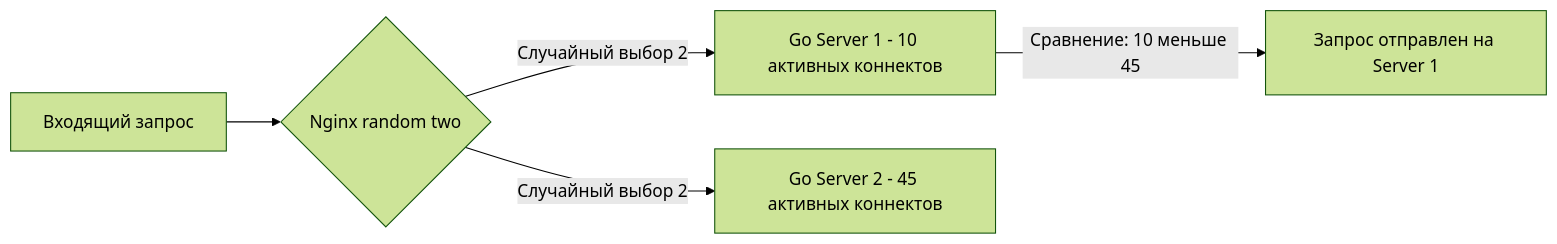
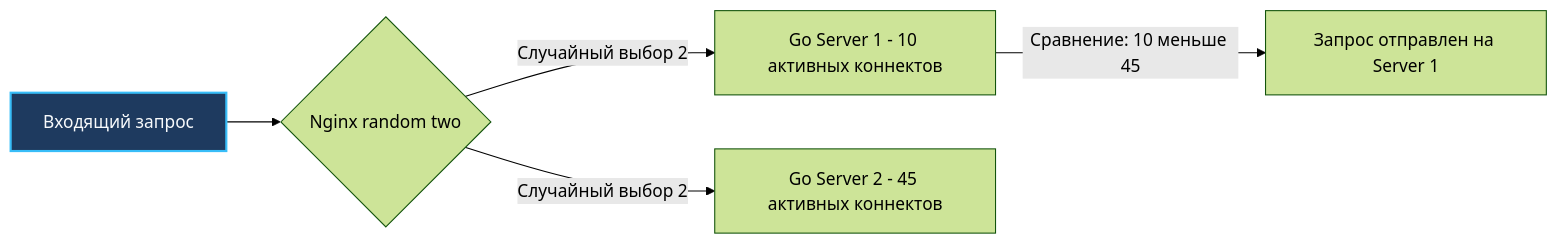
Before and after one commit to UnrealTemplier/go-textbook: the first of 2 diagrams in sources/19. Инфраструктура. Linux, nginx, Docker, Kubernetes/02. nginx/3. Load balancing.md, drawn with Mermaid (forest theme). The commit also changed other lines of this file and 1666 other files, not shown here.

First line of the commit message:
feat(mermaid): add semantic color classDef to 1369 colorless flowchart/graph diagrams

````diff
--- a/sources/19. Инфраструктура. Linux, nginx, Docker, Kubernetes/02. nginx/3. Load balancing.md
+++ b/sources/19. Инфраструктура. Linux, nginx, Docker, Kubernetes/02. nginx/3. Load balancing.md
@@ -85,7 +85,17 @@
 ```mermaid
 flowchart LR
-    A["Входящий запрос"] --> B{"Nginx random two"}
+    classDef process  fill:#1e293b,stroke:#38bdf8,stroke-width:1px,color:#f8fafc
+    classDef success  fill:#064e3b,stroke:#34d399,stroke-width:1px,color:#f8fafc
+    classDef error    fill:#7f1d1d,stroke:#f87171,stroke-width:1px,color:#f8fafc
+    classDef warning  fill:#78350f,stroke:#fbbf24,stroke-width:1px,color:#f8fafc
+    classDef entry    fill:#1e3a5f,stroke:#38bdf8,stroke-width:2px,color:#f8fafc
+    classDef aux      fill:#334155,stroke:#64748b,stroke-width:1px,color:#f8fafc
+    classDef system   fill:#312e81,stroke:#a78bfa,stroke-width:1px,color:#f8fafc
+    classDef data     fill:#132d29,stroke:#2dd4bf,stroke-width:1px,color:#f8fafc
+    classDef network  fill:#881337,stroke:#fb7185,stroke-width:1px,color:#f8fafc
+    classDef accent   fill:#1e1b4b,stroke:#818cf8,stroke-width:1px,color:#f8fafc
+    A["Входящий запрос"]:::entry --> B{"Nginx random two"}
     B -->|"Случайный выбор 2"| C["Go Server 1 - 10 активных коннектов"]
     B -->|"Случайный выбор 2"| D["Go Server 2 - 45 активных коннектов"]
     C -->|"Сравнение: 10 меньше 45"| E["Запрос отправлен на Server 1"]
 ```
````
